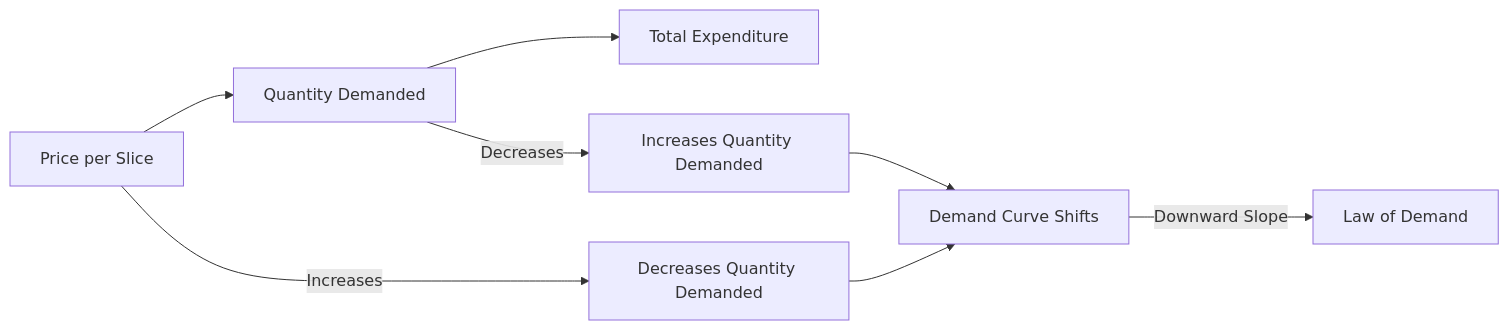
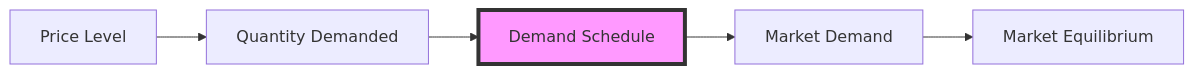
Before and after one commit to DagimAlemayehuu/Ater: the diagram in Obsidian_Vault/2-Academic/Winter 2026/Economics/2_Theory_Of_Demand_And_Supply/Demand_Schedule.md, drawn with Mermaid. The commit also changed other lines of this file and 39 other files, not shown here.

````diff
--- a/Obsidian_Vault/2-Academic/Winter 2026/Economics/2_Theory_Of_Demand_And_Supply/Demand_Schedule.md
+++ b/Obsidian_Vault/2-Academic/Winter 2026/Economics/2_Theory_Of_Demand_And_Supply/Demand_Schedule.md
@@ -34,12 +34,10 @@
 ```mermaid
 
 graph LR
-    A[Price per Slice] --> B[Quantity Demanded]
-    B --> C[Total Expenditure]
-    A -->|Increases| D[Decreases Quantity Demanded]
-    B -->|Decreases| E[Increases Quantity Demanded]
-    D --> F[Demand Curve Shifts]
-    E --> F
-    F -->|Downward Slope| G[Law of Demand]
+    A[Price Level] --> B[Quantity Demanded]
+    B --> C[Demand Schedule]
+    C --> D[Market Demand]
+    D --> E[Market Equilibrium]
+    style C fill:#f9f,stroke:#333,stroke-width:4px
 
 ```
````
